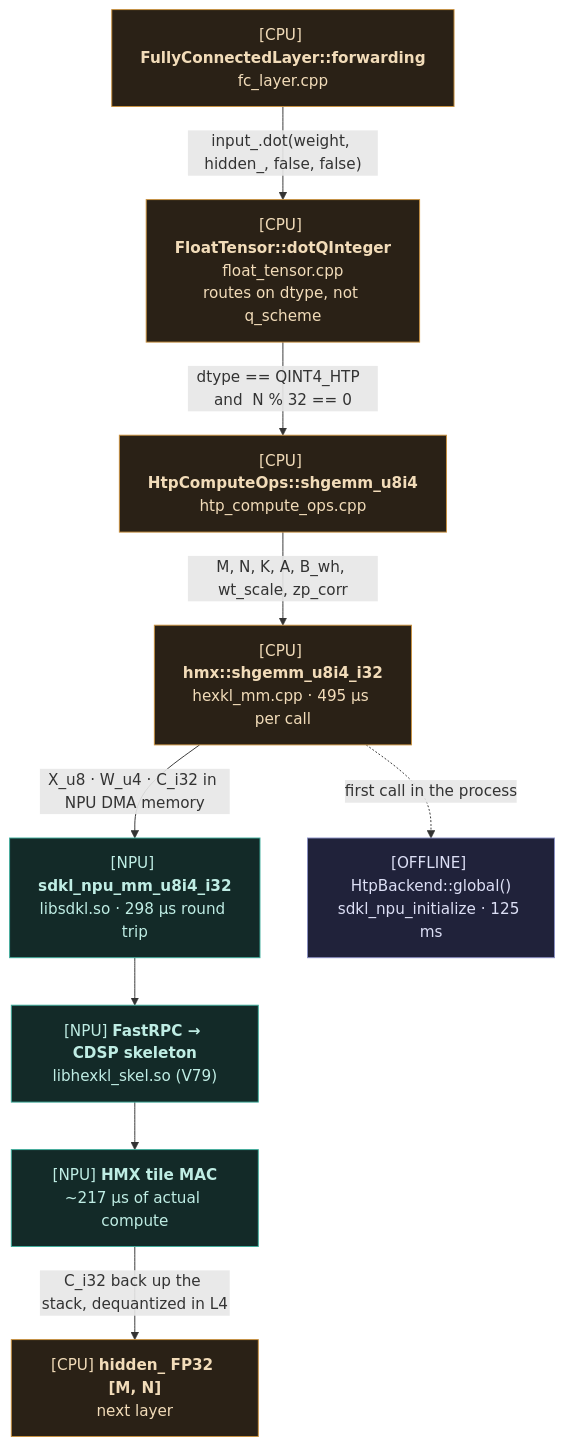
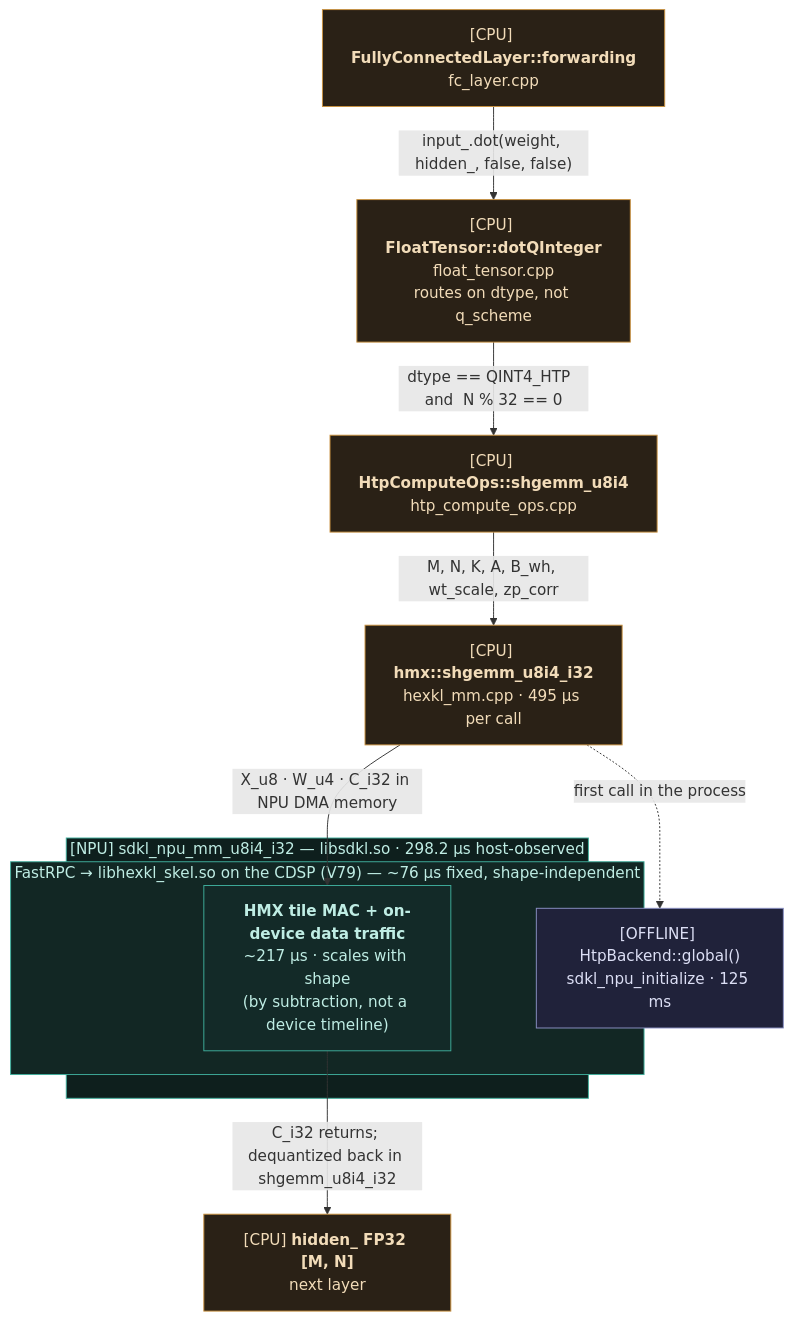
The third of 5 diagrams in docs/backend_guide/htp_backend/fc_layer_u8i4_e2e_flow.md (Seunghui98/nntrainer), drawn with Mermaid before and after one commit. The commit also changed other lines of this file, not shown here.

First line of the commit message:
[docs] Nest the NPU boxes in the call chain, and qualify the 217 us

````diff
--- a/docs/backend_guide/htp_backend/fc_layer_u8i4_e2e_flow.md
+++ b/docs/backend_guide/htp_backend/fc_layer_u8i4_e2e_flow.md
@@ -90,27 +90,31 @@
 ```mermaid
 flowchart TD
   L1["[CPU] <b>FullyConnectedLayer::forwarding</b><br/>fc_layer.cpp"]
   L2["[CPU] <b>FloatTensor::dotQInteger</b><br/>float_tensor.cpp<br/>routes on dtype, not q_scheme"]
   L3["[CPU] <b>HtpComputeOps::shgemm_u8i4</b><br/>htp_compute_ops.cpp"]
   L4["[CPU] <b>hmx::shgemm_u8i4_i32</b><br/>hexkl_mm.cpp · 495 µs per call"]
-  L5["[NPU] <b>sdkl_npu_mm_u8i4_i32</b><br/>libsdkl.so · 298 µs round trip"]
-  L6["[NPU] <b>FastRPC → CDSP skeleton</b><br/>libhexkl_skel.so (V79)"]
-  L7["[NPU] <b>HMX tile MAC</b><br/>~217 µs of actual compute"]
   OUT["[CPU] <b>hidden_ FP32 [M, N]</b><br/>next layer"]
   INIT["[OFFLINE] HtpBackend::global()<br/>sdkl_npu_initialize · 125 ms"]
+
+  subgraph CALL["[NPU] sdkl_npu_mm_u8i4_i32 — libsdkl.so · 298.2 µs host-observed"]
+    subgraph SKEL["FastRPC → libhexkl_skel.so on the CDSP (V79) — ~76 µs fixed, shape-independent"]
+      MAC["<b>HMX tile MAC + on-device data traffic</b><br/>~217 µs · scales with shape<br/>(by subtraction, not a device timeline)"]
+    end
+  end
 
   L1 -- "input_.dot(weight, hidden_, false, false)" --> L2
   L2 -- "dtype == QINT4_HTP  and  N % 32 == 0" --> L3
   L3 -- "M, N, K, A, B_wh, wt_scale, zp_corr" --> L4
-  L4 -- "X_u8 · W_u4 · C_i32 in NPU DMA memory" --> L5
-  L5 --> L6 --> L7
-  L7 -- "C_i32 back up the stack, dequantized in L4" --> OUT
+  L4 -- "X_u8 · W_u4 · C_i32 in NPU DMA memory" --> MAC
+  MAC -- "C_i32 returns; dequantized back in shgemm_u8i4_i32" --> OUT
   L4 -. "first call in the process" .-> INIT
 
   classDef off fill:#20223A,stroke:#8A90C4,color:#DCDFF5;
   classDef cpu fill:#2A2116,stroke:#C9913F,color:#F2DCB9;
   classDef npu fill:#132A28,stroke:#3FAE9C,color:#BFEDE4;
   class L1,L2,L3,L4,OUT cpu;
-  class L5,L6,L7 npu;
+  class MAC npu;
   class INIT off;
+  style CALL fill:#0E1F1D,stroke:#3FAE9C,color:#BFEDE4;
+  style SKEL fill:#122724,stroke:#3FAE9C,color:#BFEDE4;
 ```
````
